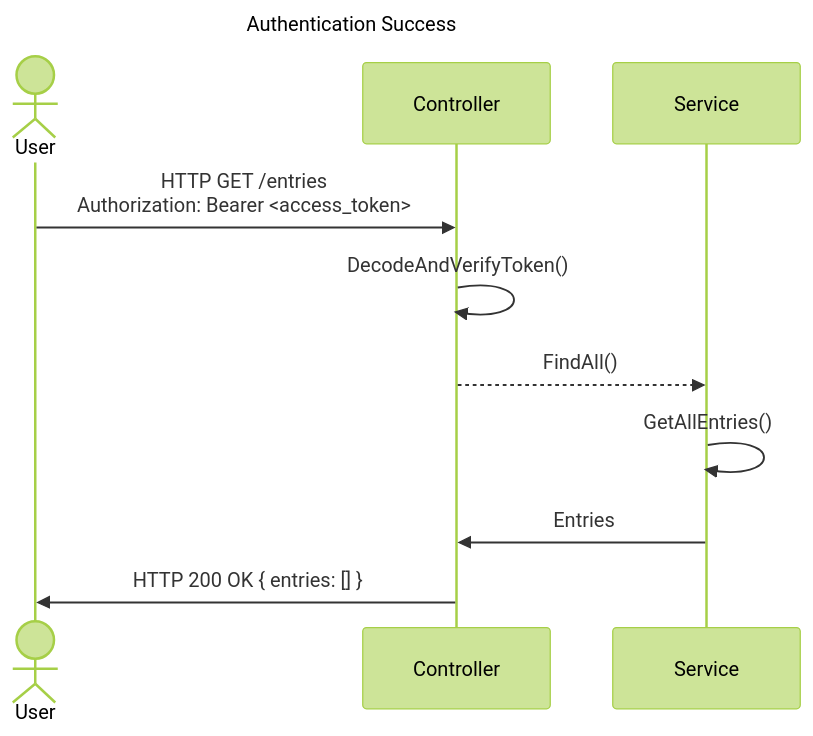
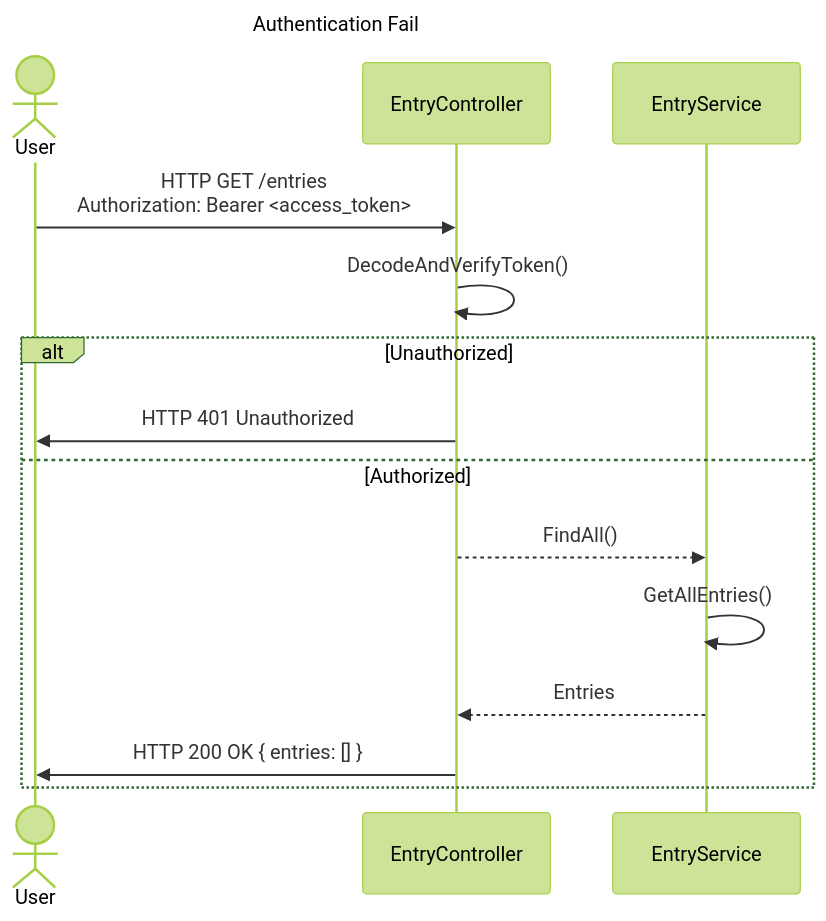
The seventh of 8 diagrams in readme.md (debangerter/m223-punchclock-dbangert), drawn with Mermaid (forest theme) before and after one commit. The commit also changed other lines of this file, not shown here.

Commit message:
5.2 User Management

````diff
--- a/readme.md
+++ b/readme.md
@@ -171,15 +161,19 @@
 ```mermaid
 ---
-title: Authentication Success
+title: Authentication Fail
 ---
 sequenceDiagram
     actor User
-    participant Api as Controller
-    participant Service
+    participant Api as EntryController
+    participant Service as EntryService
     User ->> Api: HTTP GET /entries<br />Authorization: Bearer <access_token>
     Api ->> Api: DecodeAndVerifyToken()
-    Api -->> Service: FindAll()
-    Service ->> Service: GetAllEntries()
-    Service ->> Api: Entries
-    Api ->> User: HTTP 200 OK { entries: [] }
+    alt Unauthorized
+        Api ->> User: HTTP 401 Unauthorized
+    else Authorized
+        Api -->> Service: FindAll()
+        Service ->> Service: GetAllEntries()
+        Service -->> Api: Entries
+        Api ->> User: HTTP 200 OK { entries: [] }
+    end
 ```
````
